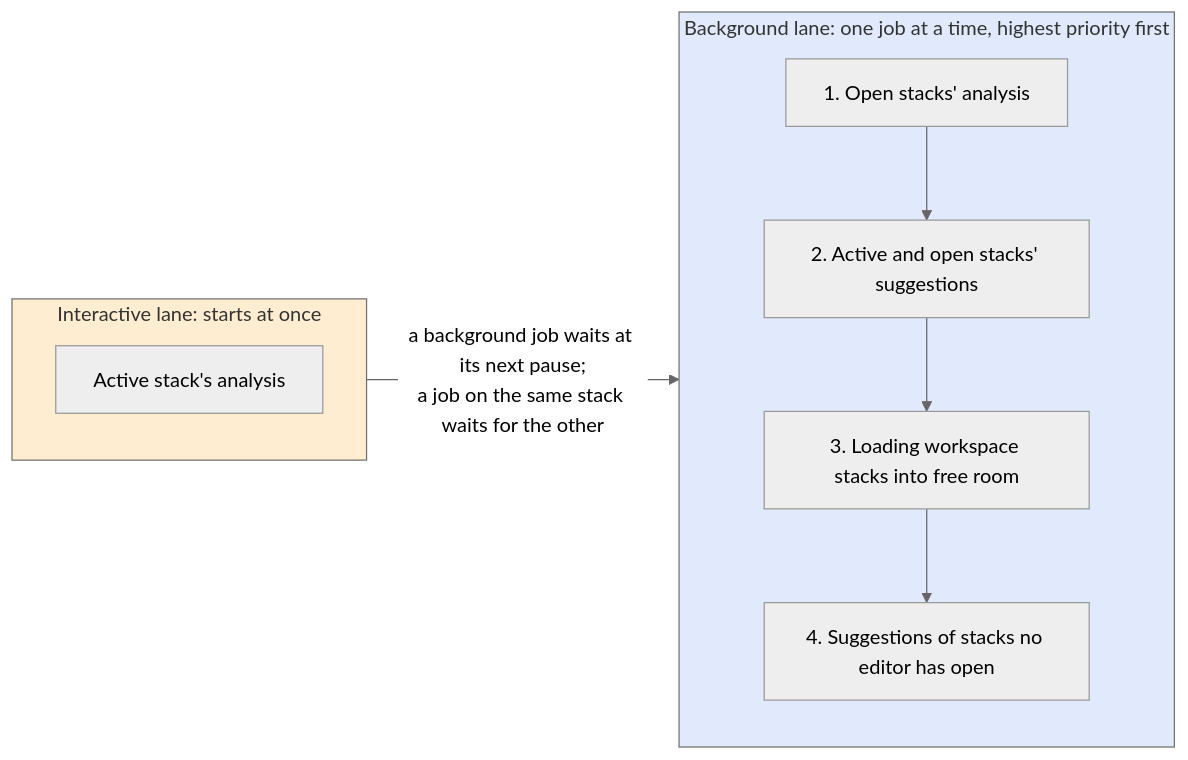
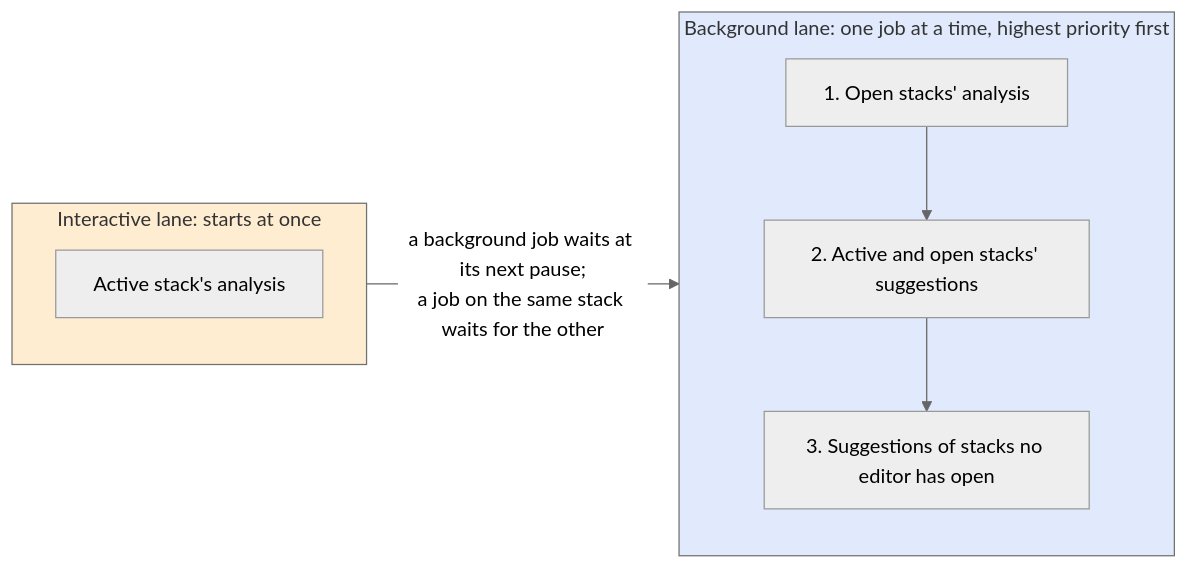
Before and after one commit to litebitus/vscode-yaml-dsl-editor: the first of 3 diagrams in docs/design.md, drawn with Mermaid (neutral theme). The commit also changed other lines of this file and 21 other files, not shown here.

Commit message:
feat: move a value most overlays repeat into the common layer, migrate or delete old saved-mark files, space new blocks against the final text, and render files at once on startup with analysis only in the background, no workspace warm, incremental watchers and startup-order tests

````diff
--- a/docs/design.md
+++ b/docs/design.md
@@ -23,15 +25,14 @@
 ```mermaid
 flowchart LR
   subgraph interactiveLane["Interactive lane: starts at once"]
     activeAnalysis["Active stack's analysis"]
   end
   subgraph backgroundLane["Background lane: one job at a time, highest priority first"]
     direction TB
     openAnalysis["1. Open stacks' analysis"] --> openSuggestions["2. Active and open stacks' suggestions"]
-    openSuggestions --> backgroundLoad["3. Loading workspace stacks into free room"]
-    backgroundLoad --> backgroundSuggestions["4. Suggestions of stacks no editor has open"]
+    openSuggestions --> backgroundSuggestions["3. Suggestions of stacks no editor has open"]
   end
   interactiveLane -- "a background job waits at its next pause;<br/>a job on the same stack waits for the other" --> backgroundLane
   style interactiveLane fill:#FFB74D40
   style backgroundLane fill:#6495ED33
 ```
````
